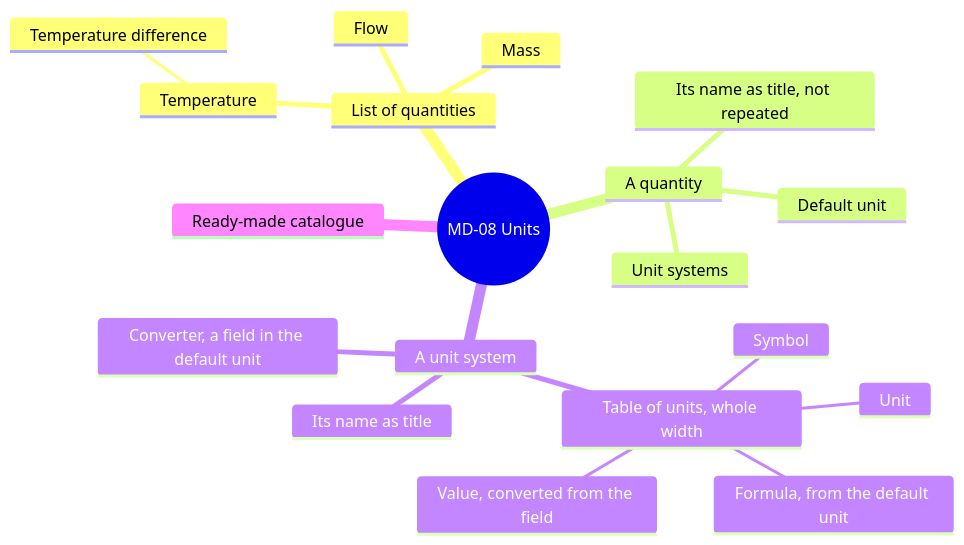
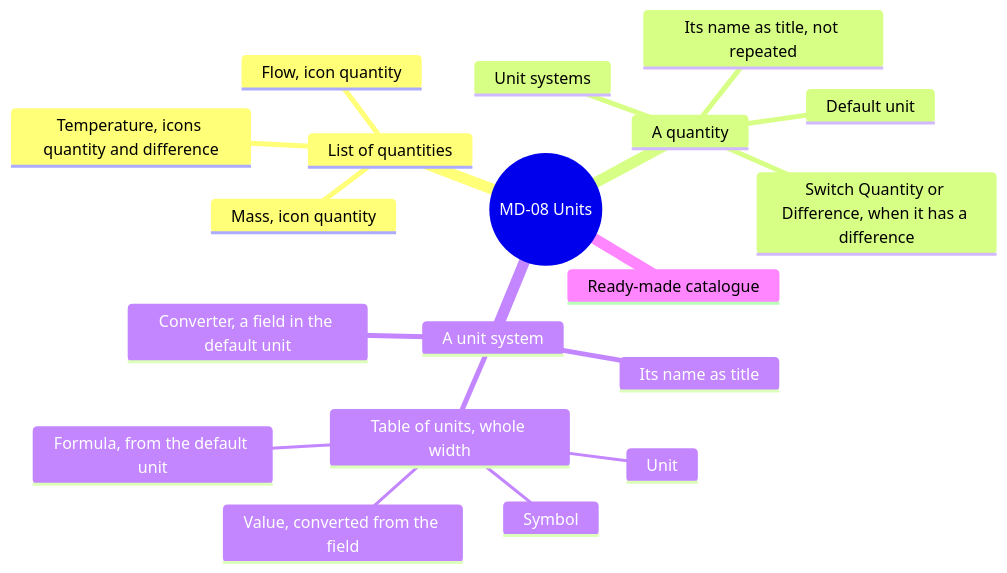
Diagram 14 of 16 in screens/metadata.md (AlexandreGallais/synoptic-studio-spec), drawn with Mermaid before and after one commit. The commit also changed other lines of this file and 4 other files, not shown here.

````diff
--- a/screens/metadata.md
+++ b/screens/metadata.md
@@ -452,22 +450,22 @@
 ```mermaid
 mindmap
   root((MD-08 Units))
     List of quantities
-      Temperature
-        Temperature difference
-      Mass
-      Flow
+      Temperature, icons quantity and difference
+      Mass, icon quantity
+      Flow, icon quantity
     A quantity
       Its name as title, not repeated
+      Switch Quantity or Difference, when it has a difference
       Default unit
       Unit systems
     A unit system
       Its name as title
       Converter, a field in the default unit
       Table of units, whole width
         Unit
         Symbol
         Value, converted from the field
         Formula, from the default unit
     Ready-made catalogue
 ```
````
